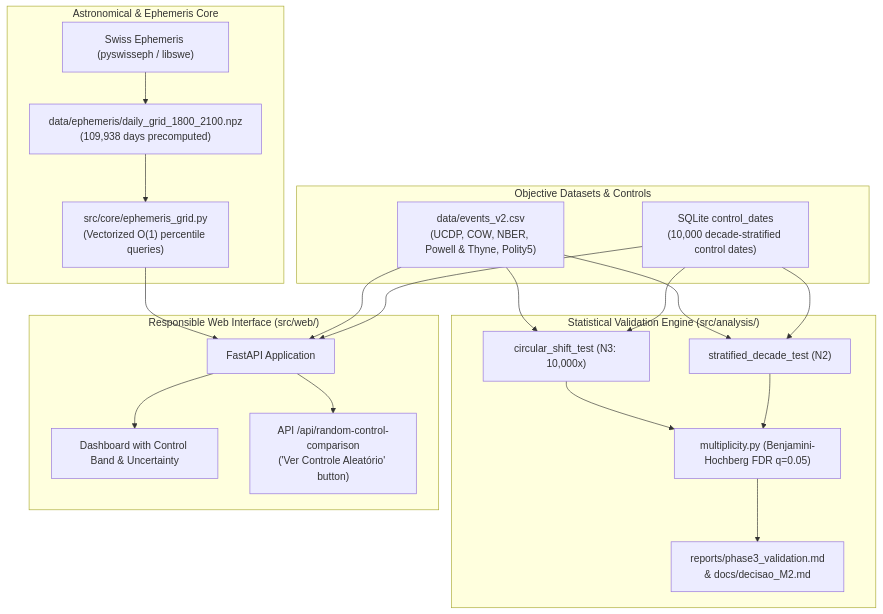
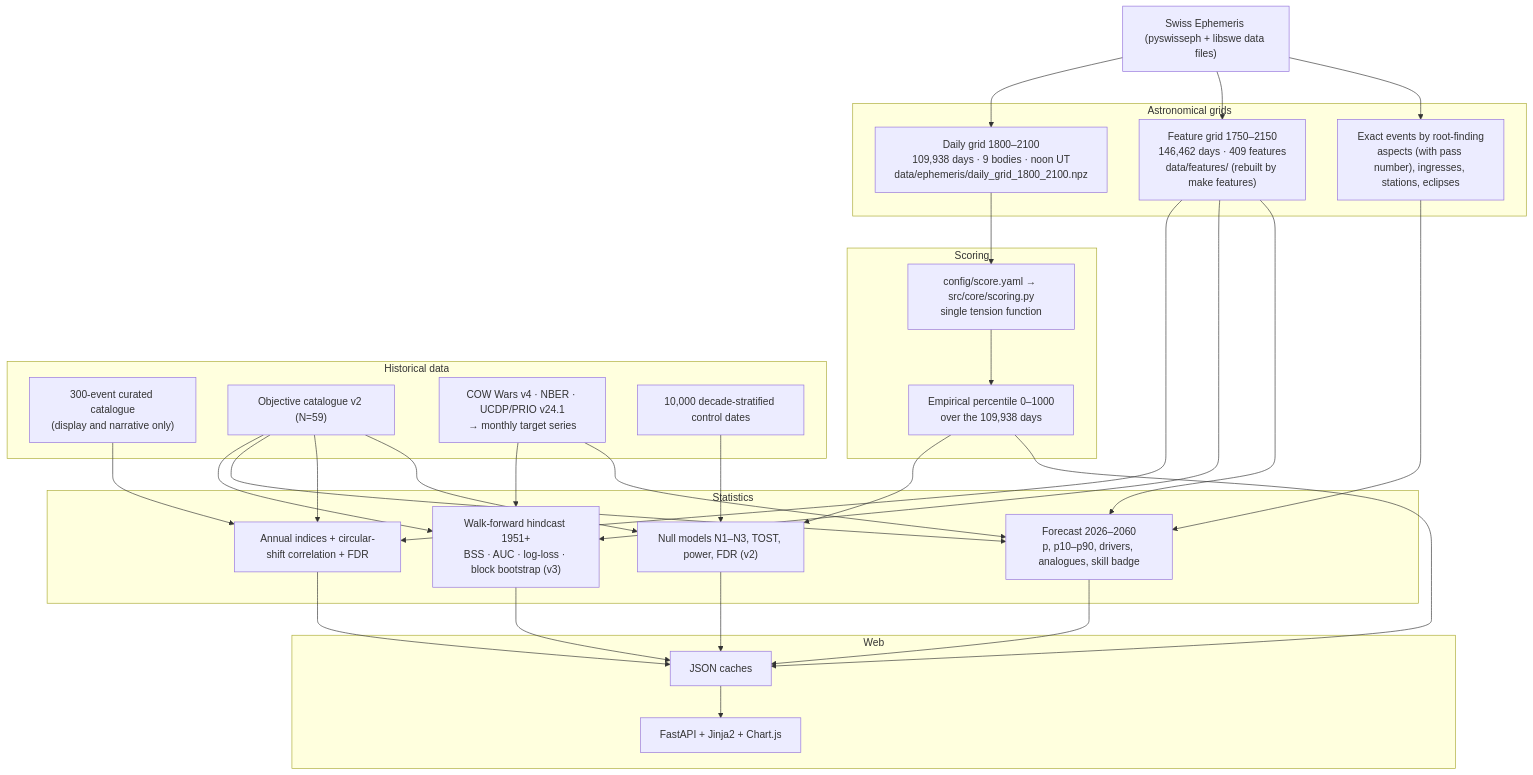
One commit to marceloasl99/astro-history changed the diagram in README.md. Above: the diagram before and after it, drawn with Mermaid. The commit also changed other lines of this file and 1 other file, not shown here.

````diff
--- a/README.md
+++ b/README.md
@@ -53,30 +91,43 @@
 ```mermaid
 flowchart TD
-    subgraph "Astronomical & Ephemeris Core"
-        SWE["Swiss Ephemeris (pyswisseph / libswe)"]
-        GRID["data/ephemeris/daily_grid_1800_2100.npz<br/>(109,938 days precomputed)"]
-        CORE["src/core/ephemeris_grid.py<br/>(Vectorized O(1) percentile queries)"]
+    SWE["Swiss Ephemeris (pyswisseph + libswe data files)"]
+
+    subgraph "Astronomical grids"
+        GRID["Daily grid 1800–2100<br/>109,938 days · 9 bodies · noon UT<br/>data/ephemeris/daily_grid_1800_2100.npz"]
+        FEAT["Feature grid 1750–2150<br/>146,462 days · 409 features<br/>data/features/ (rebuilt by make features)"]
+        EXACT["Exact events by root-finding<br/>aspects (with pass number), ingresses, stations, eclipses"]
     end
 
-    subgraph "Objective Datasets & Controls"
-        EV2["data/events_v2.csv<br/>(UCDP, COW, NBER, Powell & Thyne, Polity5)"]
-        CTRL["SQLite control_dates<br/>(10,000 decade-stratified control dates)"]
+    subgraph "Scoring"
+        SCORE["config/score.yaml → src/core/scoring.py<br/>single tension function"]
+        PCT["Empirical percentile 0–1000<br/>over the 109,938 days"]
     end
 
-    subgraph "Statistical Validation Engine (src/analysis/)"
-        N3["circular_shift_test (N3: 10,000x)"]
-        N2["stratified_decade_test (N2)"]
-        FDR["multiplicity.py (Benjamini-Hochberg FDR q=0.05)"]
-        REPORT["reports/phase3_validation.md<br/>& docs/decisao_M2.md"]
+    subgraph "Historical data"
+        CAT["300-event curated catalogue<br/>(display and narrative only)"]
+        V2["Objective catalogue v2 (N=59)"]
+        EXT["COW Wars v4 · NBER · UCDP/PRIO v24.1<br/>→ monthly target series"]
+        CTRL["10,000 decade-stratified control dates"]
     end
 
-    subgraph "Responsible Web Interface (src/web/)"
-        APP["FastAPI Application"]
-        DASH["Dashboard with Control Band & Uncertainty"]
-        RANDOM_CTRL["API /api/random-control-comparison<br/>('Ver Controle Aleatório' button)"]
+    subgraph "Statistics"
+        NULL["Null models N1–N3, TOST, power, FDR (v2)"]
+        HIND["Walk-forward hindcast 1951+<br/>BSS · AUC · log-loss · block bootstrap (v3)"]
+        ANN["Annual indices + circular-shift correlation + FDR"]
+        FC["Forecast 2026–2060<br/>p, p10–p90, drivers, analogues, skill badge"]
     end
 
-    SWE --> GRID --> CORE
-    EV2 & CTRL --> N3 & N2 --> FDR --> REPORT
-    CORE & EV2 & CTRL --> APP --> DASH & RANDOM_CTRL
+    subgraph "Web"
+        CACHE["JSON caches"]
+        APP["FastAPI + Jinja2 + Chart.js"]
+    end
+
+    SWE --> GRID & FEAT & EXACT
+    GRID --> SCORE --> PCT
+    FEAT --> ANN & HIND & FC
+    EXACT --> FC
+    V2 & EXT --> HIND & FC
+    V2 & CAT --> ANN
+    V2 & CTRL & PCT --> NULL
+    NULL & HIND & ANN & FC & PCT --> CACHE --> APP
 ```
````
